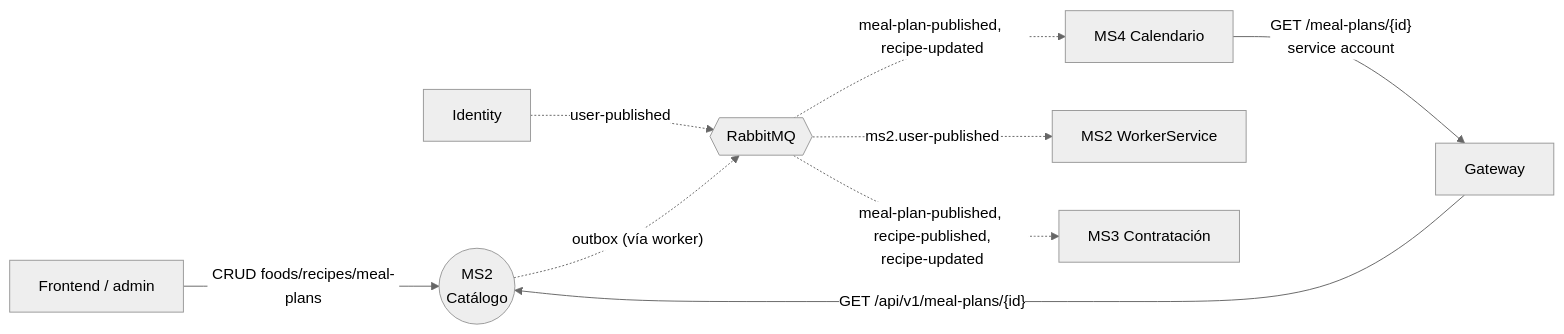
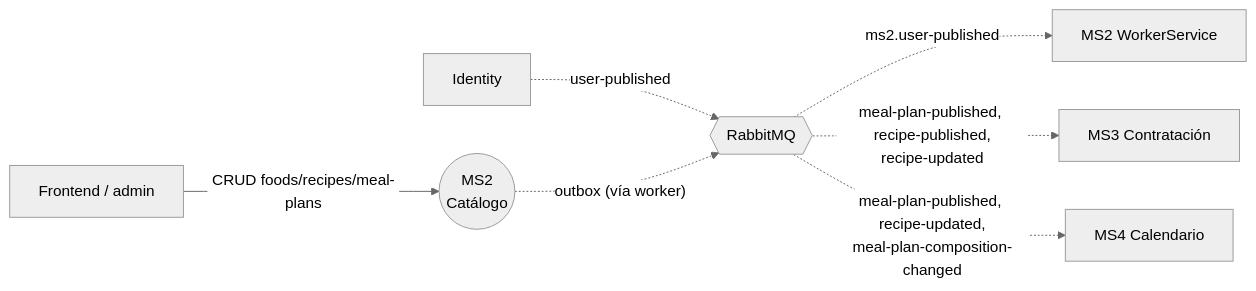
Before and after one commit to Nur-tricenter/knowledge: the diagram in services/ms2-catalog/README.md, drawn with Mermaid (neutral theme). The commit also changed other lines of this file and 43 other files, not shown here.

````diff
--- a/services/ms2-catalog/README.md
+++ b/services/ms2-catalog/README.md
@@ -43,11 +43,9 @@
 ```mermaid
 flowchart LR
   FE[Frontend / admin] -- "CRUD foods/recipes/meal-plans" --> MS2((MS2<br/>Catálogo))
-  MS4[MS4 Calendario] -- "GET /meal-plans/{id}<br/>service account" --> GW[Gateway]
-  GW -- "GET /api/v1/meal-plans/{id}" --> MS2
   ID[Identity] -. "user-published" .-> MQ{{RabbitMQ}}
   MQ -. "ms2.user-published" .-> W[MS2 WorkerService]
   MS2 -. "outbox (vía worker)" .-> MQ
   MQ -. "meal-plan-published, recipe-published,<br/>recipe-updated" .-> MS3[MS3 Contratación]
-  MQ -. "meal-plan-published, recipe-updated" .-> MS4
+  MQ -. "meal-plan-published, recipe-updated,<br/>meal-plan-composition-changed" .-> MS4[MS4 Calendario]
 ```
````
